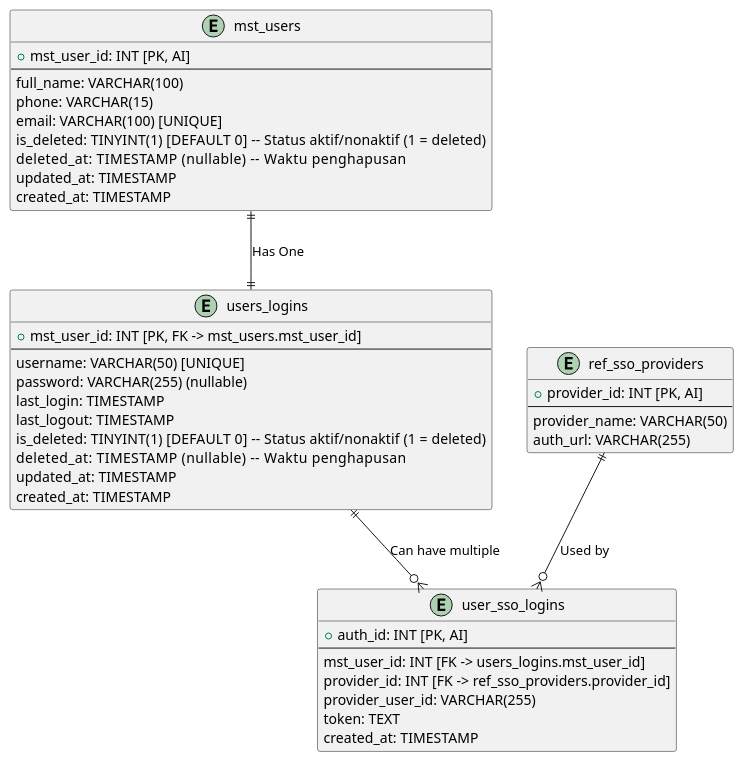
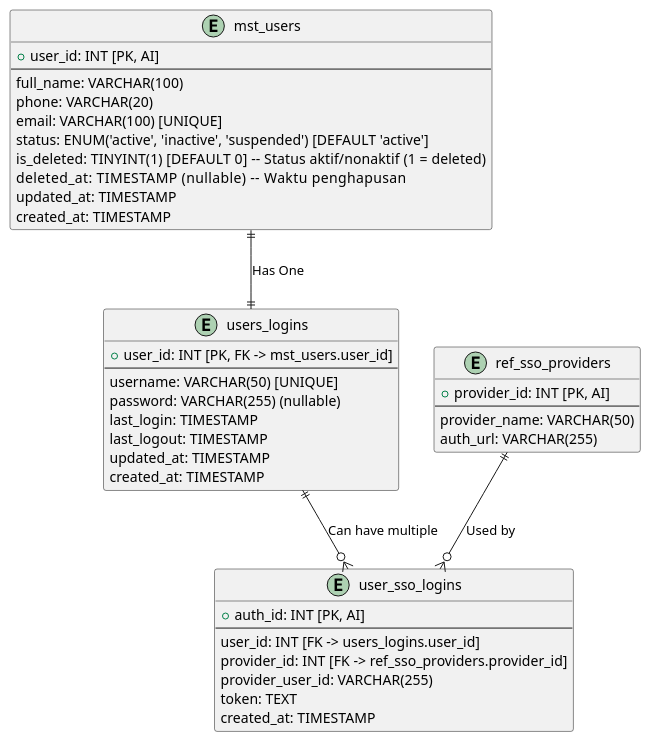
Before and after one commit to MarioAPasama/my_notes: the diagram in Database/login/login.puml, drawn with PlantUML.

```diff
--- a/Database/login/login.puml
+++ b/Database/login/login.puml
@@ -1,47 +1,46 @@
 @startuml
 entity mst_users {
-    + mst_user_id: INT [PK, AI]
+    + user_id: INT [PK, AI]
     --
     full_name: VARCHAR(100)
-    phone: VARCHAR(15)
+    phone: VARCHAR(20)
     email: VARCHAR(100) [UNIQUE]
+    status: ENUM('active', 'inactive', 'suspended') [DEFAULT 'active']
     is_deleted: TINYINT(1) [DEFAULT 0]   -- Status aktif/nonaktif (1 = deleted)
     deleted_at: TIMESTAMP (nullable)      -- Waktu penghapusan
     updated_at: TIMESTAMP
     created_at: TIMESTAMP
 }
 
 entity users_logins {
-    + mst_user_id: INT [PK, FK -> mst_users.mst_user_id]
+    + user_id: INT [PK, FK -> mst_users.user_id]
     --
     username: VARCHAR(50) [UNIQUE]
     password: VARCHAR(255) (nullable)
     last_login: TIMESTAMP
     last_logout: TIMESTAMP
-    is_deleted: TINYINT(1) [DEFAULT 0]   -- Status aktif/nonaktif (1 = deleted)
-    deleted_at: TIMESTAMP (nullable)      -- Waktu penghapusan
     updated_at: TIMESTAMP
     created_at: TIMESTAMP
 }
 
 entity ref_sso_providers {
     + provider_id: INT [PK, AI]
     --
     provider_name: VARCHAR(50)
     auth_url: VARCHAR(255)
 }
 
 entity user_sso_logins {
     + auth_id: INT [PK, AI]
     --
-    mst_user_id: INT [FK -> users_logins.mst_user_id]
+    user_id: INT [FK -> users_logins.user_id]
     provider_id: INT [FK -> ref_sso_providers.provider_id]
     provider_user_id: VARCHAR(255)
     token: TEXT
     created_at: TIMESTAMP
 }
 
 mst_users ||--|| users_logins : "Has One"
 users_logins ||--o{ user_sso_logins : "Can have multiple"
 ref_sso_providers ||--o{ user_sso_logins : "Used by"
 @enduml
```
